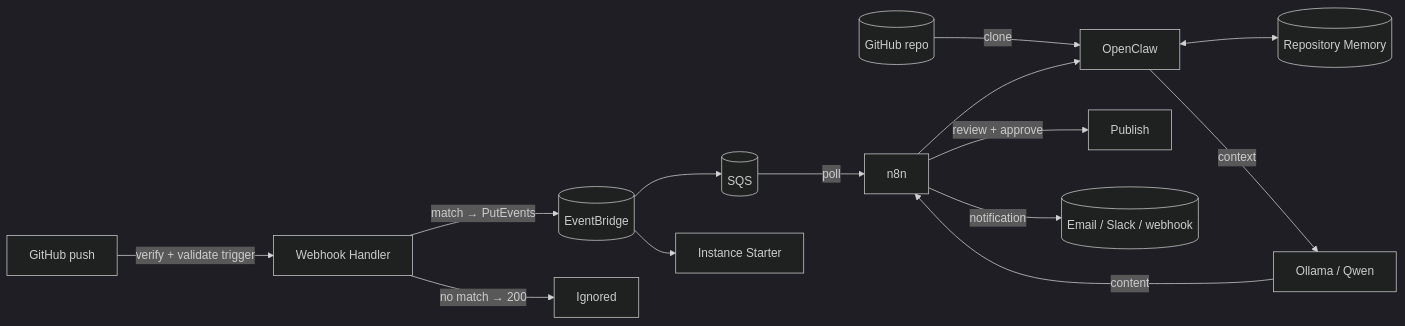
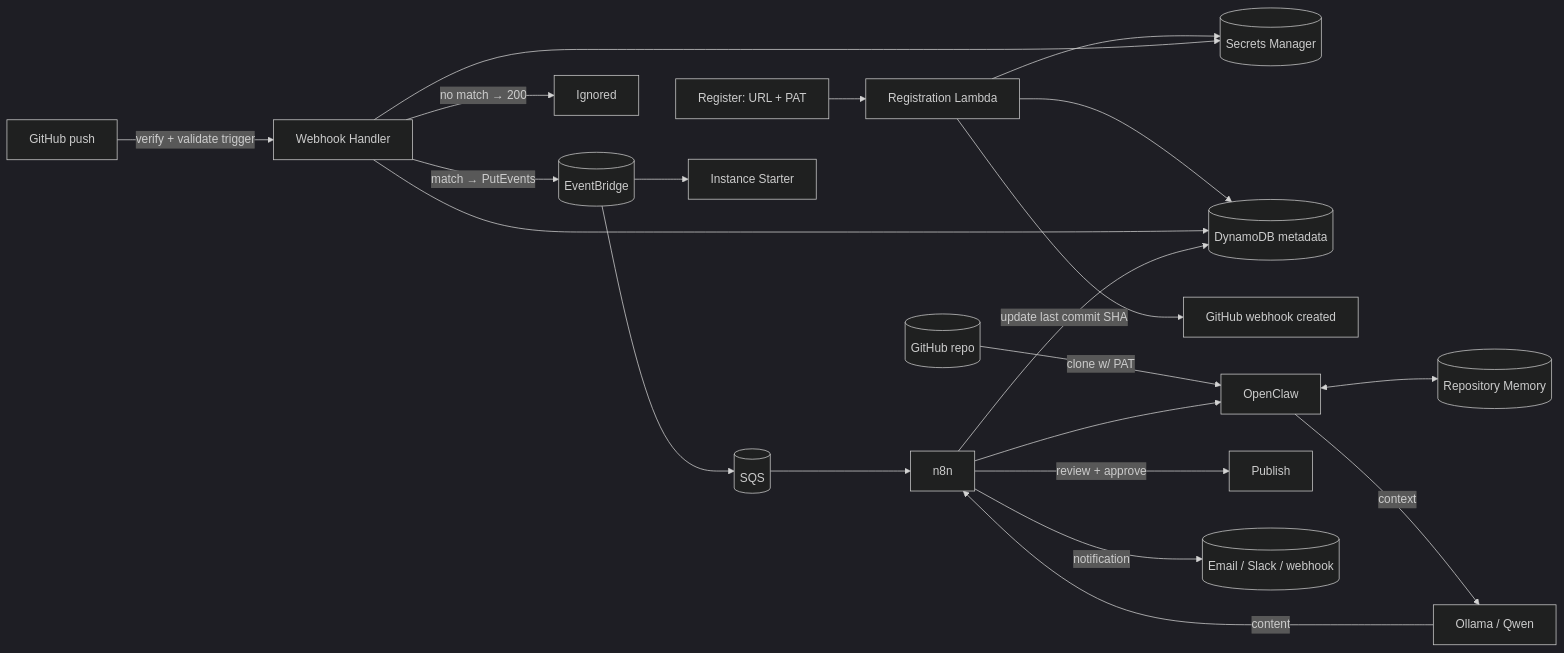
One commit to teddynted/ai-github-repository-blog-generator changed the seventh of 7 diagrams in docs/architecture.md. Above: the diagram before and after it, drawn with Mermaid (dark theme). The commit also changed other lines of this file and 12 other files, not shown here.

````diff
--- a/docs/architecture.md
+++ b/docs/architecture.md
@@ -218,16 +259,24 @@
 ```mermaid
 flowchart LR
+    REG[Register: URL + PAT] --> RL[Registration Lambda]
+    RL --> SM[(Secrets Manager)]
+    RL --> DDB[(DynamoDB metadata)]
+    RL --> HOOK[GitHub webhook created]
+
     EVT[GitHub push] -->|verify + validate trigger| LH[Webhook Handler]
+    LH --> DDB
+    LH --> SM
     LH -->|match → PutEvents| EB[(EventBridge)]
     LH -->|no match → 200| STOP[Ignored]
     EB --> SQS[(SQS)]
     EB --> ST[Instance Starter]
-    SQS -->|poll| N8N[n8n]
-    GH[(GitHub repo)] -->|clone| OC[OpenClaw]
+    SQS --> N8N[n8n]
+    GH[(GitHub repo)] -->|clone w/ PAT| OC[OpenClaw]
     N8N --> OC
     OC <--> MEM[(Repository Memory)]
     OC -->|context| OL[Ollama / Qwen]
     OL -->|content| N8N
     N8N -->|review + approve| PUB[Publish]
+    N8N -->|update last commit SHA| DDB
     N8N -->|notification| NOTIF[(Email / Slack / webhook)]
 ```
````
